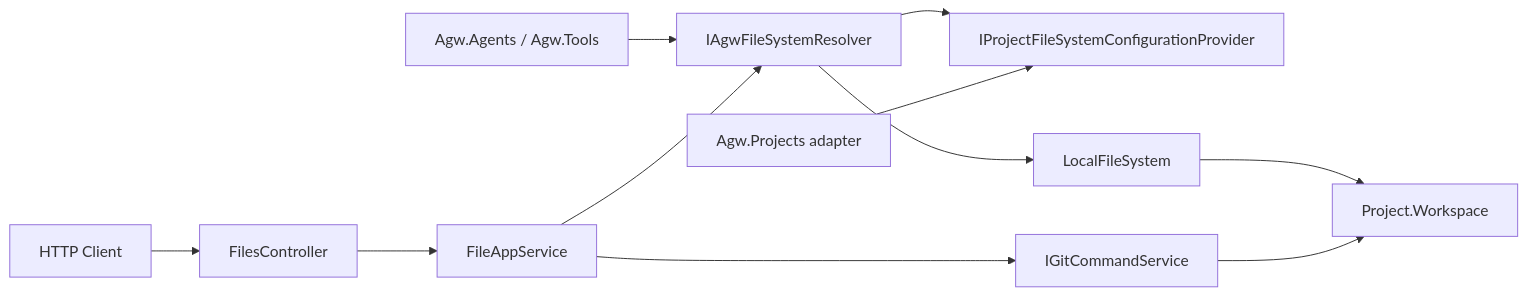
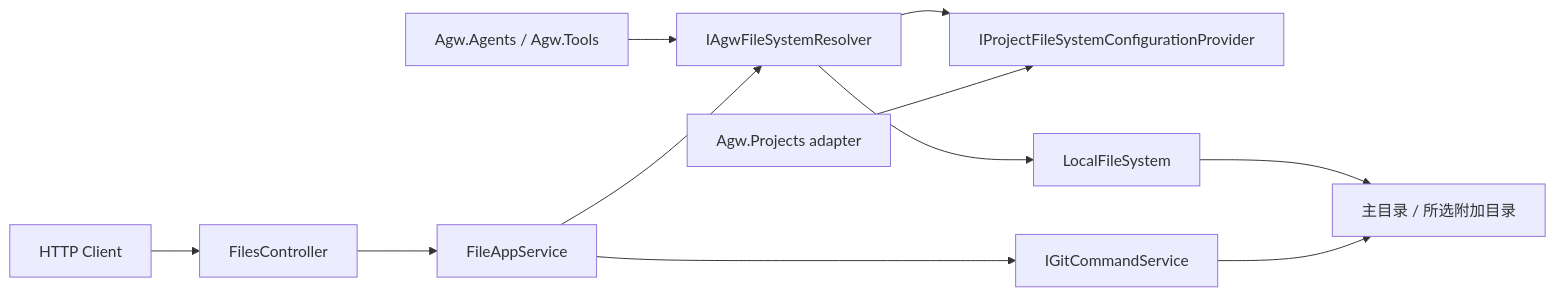
Before and after one commit to zxyao145/agw: the diagram in src/server/Agw.Files/README.zh-CN.md, drawn with Mermaid. The commit also changed other lines of this file and 97 other files, not shown here.

````diff
--- a/src/server/Agw.Files/README.zh-CN.md
+++ b/src/server/Agw.Files/README.zh-CN.md
@@ -30,13 +30,13 @@
 ```mermaid
 flowchart LR
     Client["HTTP Client"] --> Controller["FilesController"]
     Controller --> AppService["FileAppService"]
     Consumers["Agw.Agents / Agw.Tools"] --> Resolver["IAgwFileSystemResolver"]
     AppService --> Resolver
     Resolver --> Provider["IProjectFileSystemConfigurationProvider"]
     Projects["Agw.Projects adapter"] --> Provider
     Resolver --> Local["LocalFileSystem"]
-    Local --> Workspace["Project.Workspace"]
+    Local --> Workspace["主目录 / 所选附加目录"]
     AppService --> Git["IGitCommandService"]
     Git --> Workspace
 ```
````
